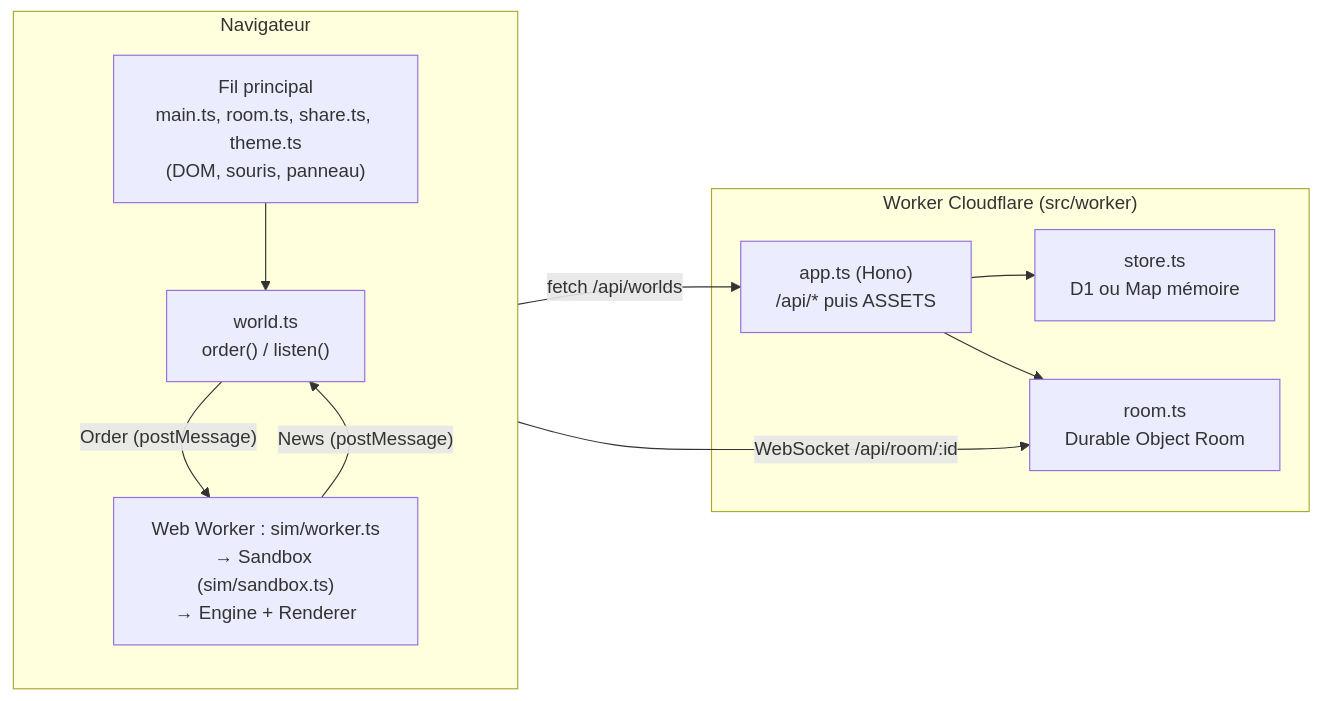
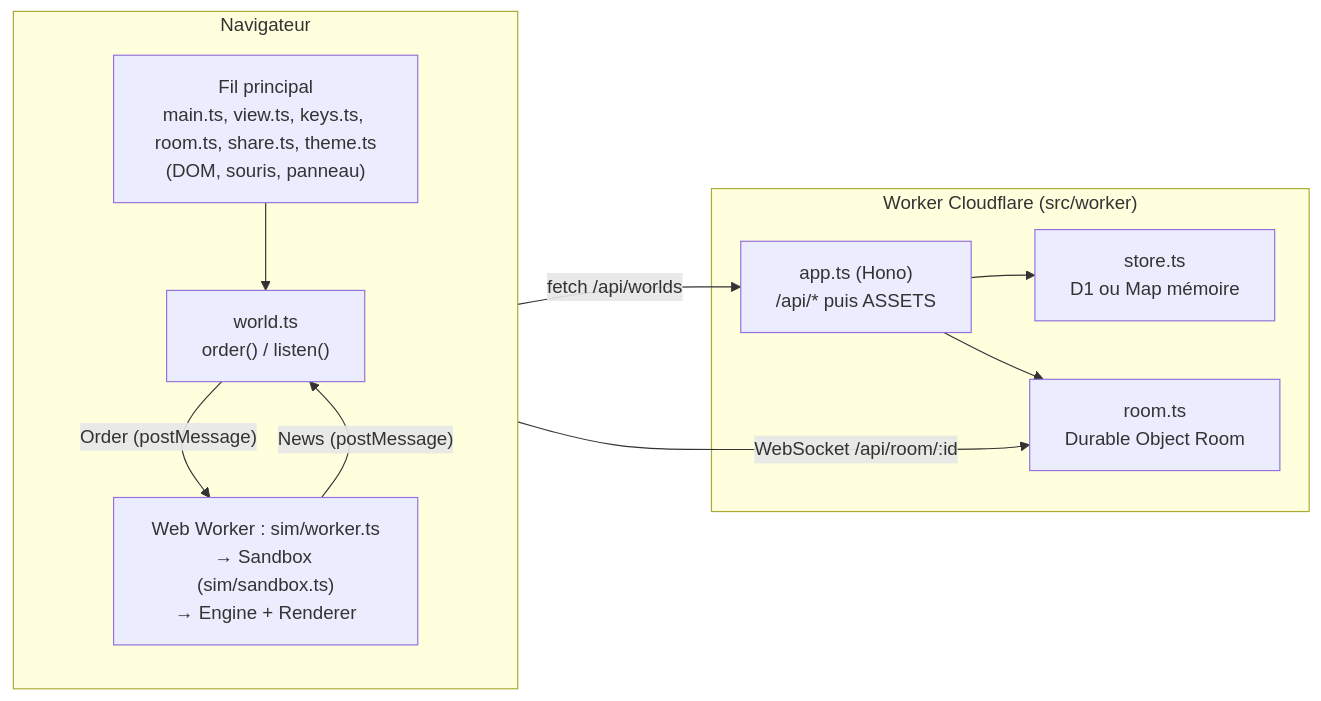
The diagram in docs/agents/architecture.md (Loris01100/SandboxRabbit), drawn with Mermaid before and after one commit. The commit also changed other lines of this file and 7 other files, not shown here.

Commit message:
Refacto main key.ts et view.ts

````diff
--- a/docs/agents/architecture.md
+++ b/docs/agents/architecture.md
@@ -8,21 +8,21 @@
 ```mermaid
 flowchart LR
   subgraph Navigateur
     direction TB
-    page["Fil principal<br/>main.ts, room.ts, share.ts, theme.ts<br/>(DOM, souris, panneau)"]
+    page["Fil principal<br/>main.ts, view.ts, keys.ts, room.ts, share.ts, theme.ts<br/>(DOM, souris, panneau)"]
     world["world.ts<br/>order() / listen()"]
     sim["Web Worker : sim/worker.ts<br/>→ Sandbox (sim/sandbox.ts)<br/>→ Engine + Renderer"]
     page --> world
     world -- "Order (postMessage)" --> sim
     sim -- "News (postMessage)" --> world
   end
   subgraph Cloudflare["Worker Cloudflare (src/worker)"]
     app["app.ts (Hono)<br/>/api/* puis ASSETS"]
     store["store.ts<br/>D1 ou Map mémoire"]
     room["room.ts<br/>Durable Object Room"]
     app --> store
     app --> room
   end
   page -- "fetch /api/worlds" --> app
   page -- "WebSocket /api/room/:id" --> room
 ```
````
